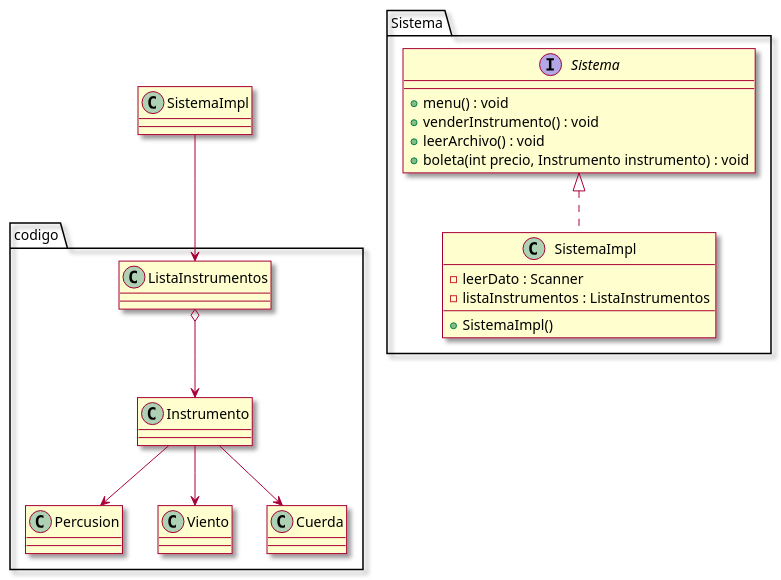
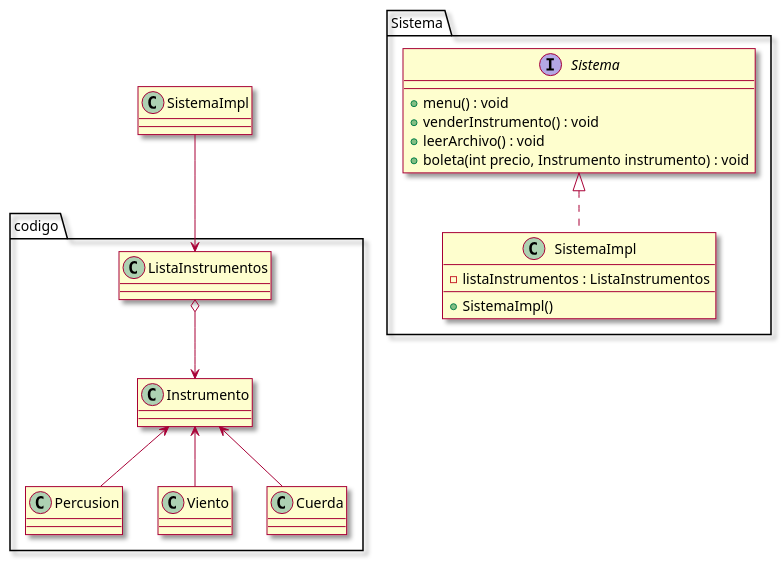
Before and after one commit to MoxhaSB/BeatTheRhythm: the diagram in src/Modelos/puml/DiagramaDeClases.puml, drawn with PlantUML. The commit also changed 2 other files, not shown here.

```diff
--- a/src/Modelos/puml/DiagramaDeClases.puml
+++ b/src/Modelos/puml/DiagramaDeClases.puml
@@ -1,56 +1,55 @@
 @startuml
 skin rose
 
 package codigo {
 
 class ListaInstrumentos{
 
 }
 
 class Instrumento{
 
 }
 
 class Percusion{
 
 }
 
 class Viento{
 
 }
 
 class Cuerda{
 
 }
 
 ListaInstrumentos o--> Instrumento
-Instrumento --> Percusion
-Instrumento --> Viento
-Instrumento --> Cuerda
+Instrumento <-- Percusion
+Instrumento <-- Viento
+Instrumento <-- Cuerda
 
 }
 
 SistemaImpl --> ListaInstrumentos
 
 package Sistema{
 
 Interface Sistema{
     +menu() : void
     +venderInstrumento() : void
     +leerArchivo() : void
     +boleta(int precio, Instrumento instrumento) : void
 
 
 }
 
 class SistemaImpl implements Sistema{
 
     +SistemaImpl()
-     -leerDato : Scanner
      -listaInstrumentos : ListaInstrumentos
 
 }
 
 
 
 @enduml
```
